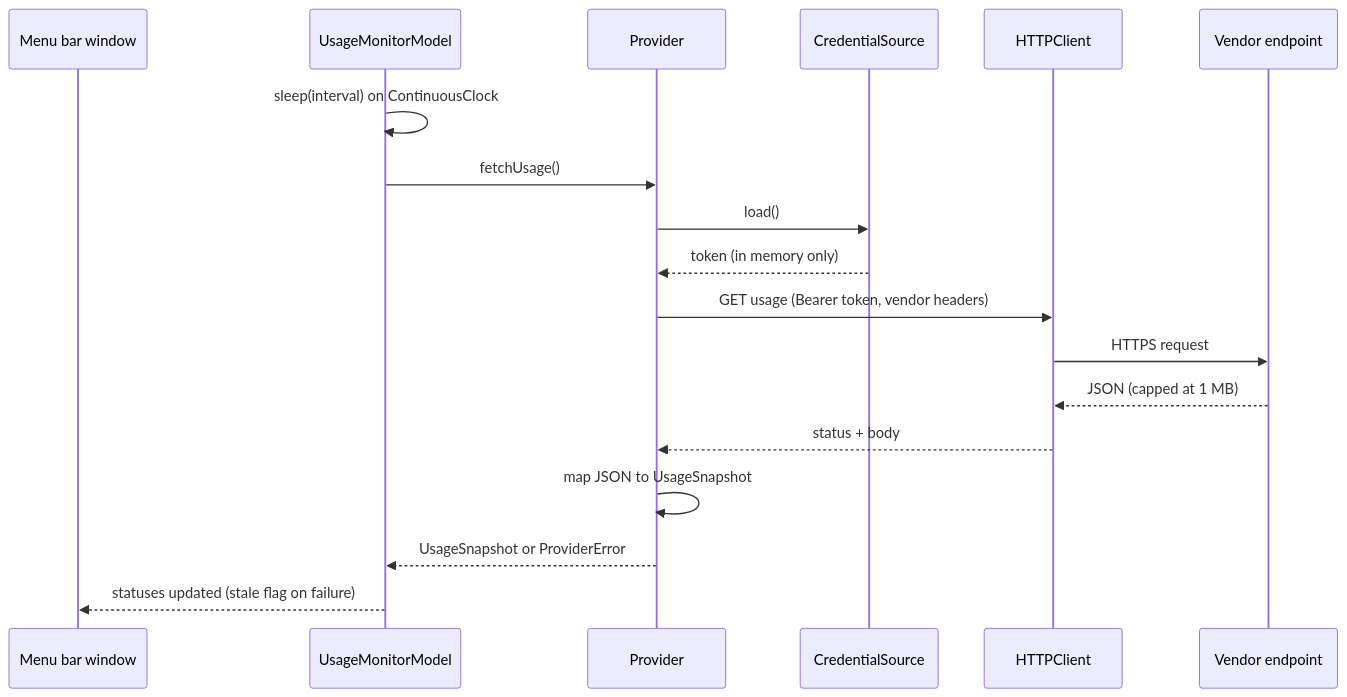
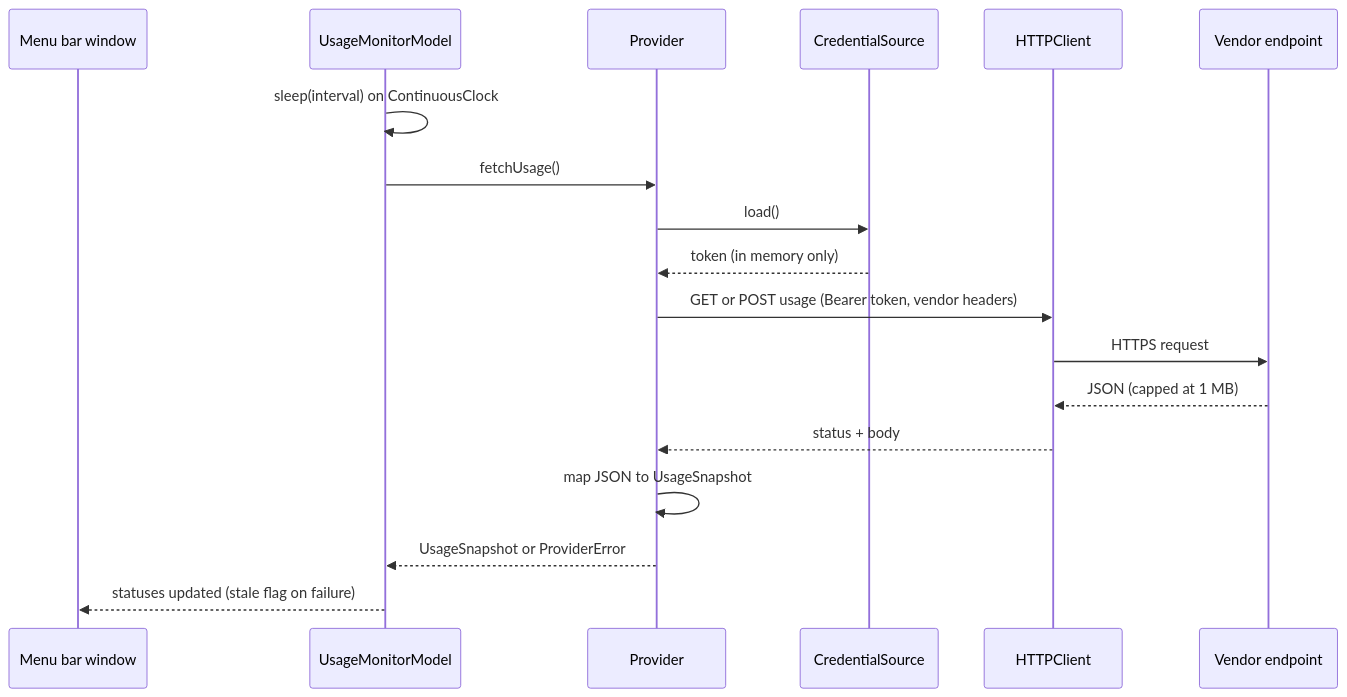
Before and after one commit to jig21nesh/usage-monitor-app: the second of 3 diagrams in README.md, drawn with Mermaid. The commit also changed other lines of this file and 4 other files, not shown here.

````diff
--- a/README.md
+++ b/README.md
@@ -248,20 +324,20 @@
 ```mermaid
 sequenceDiagram
     participant UI as Menu bar window
     participant M as UsageMonitorModel
     participant P as Provider
     participant C as CredentialSource
     participant H as HTTPClient
     participant V as Vendor endpoint
     M->>M: sleep(interval) on ContinuousClock
     M->>P: fetchUsage()
     P->>C: load()
     C-->>P: token (in memory only)
-    P->>H: GET usage (Bearer token, vendor headers)
+    P->>H: GET or POST usage (Bearer token, vendor headers)
     H->>V: HTTPS request
     V-->>H: JSON (capped at 1 MB)
     H-->>P: status + body
     P->>P: map JSON to UsageSnapshot
     P-->>M: UsageSnapshot or ProviderError
     M-->>UI: statuses updated (stale flag on failure)
 ```
````
